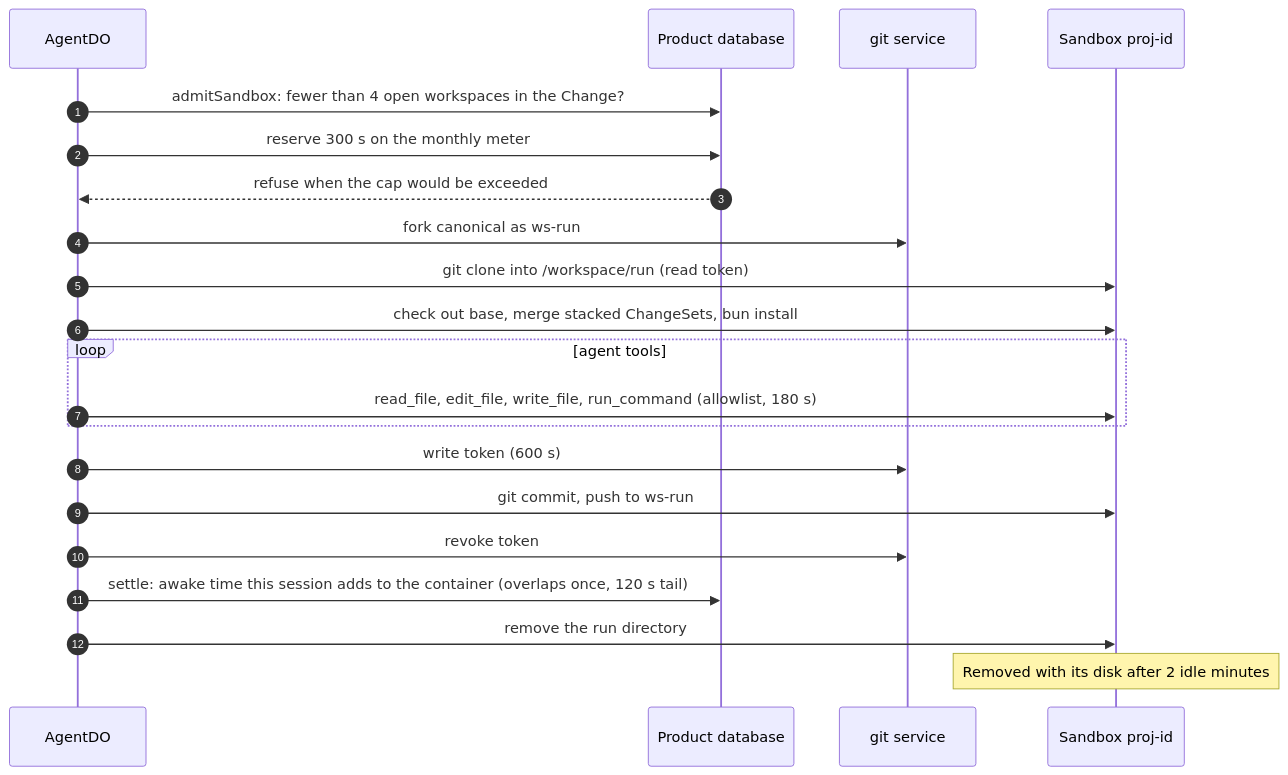
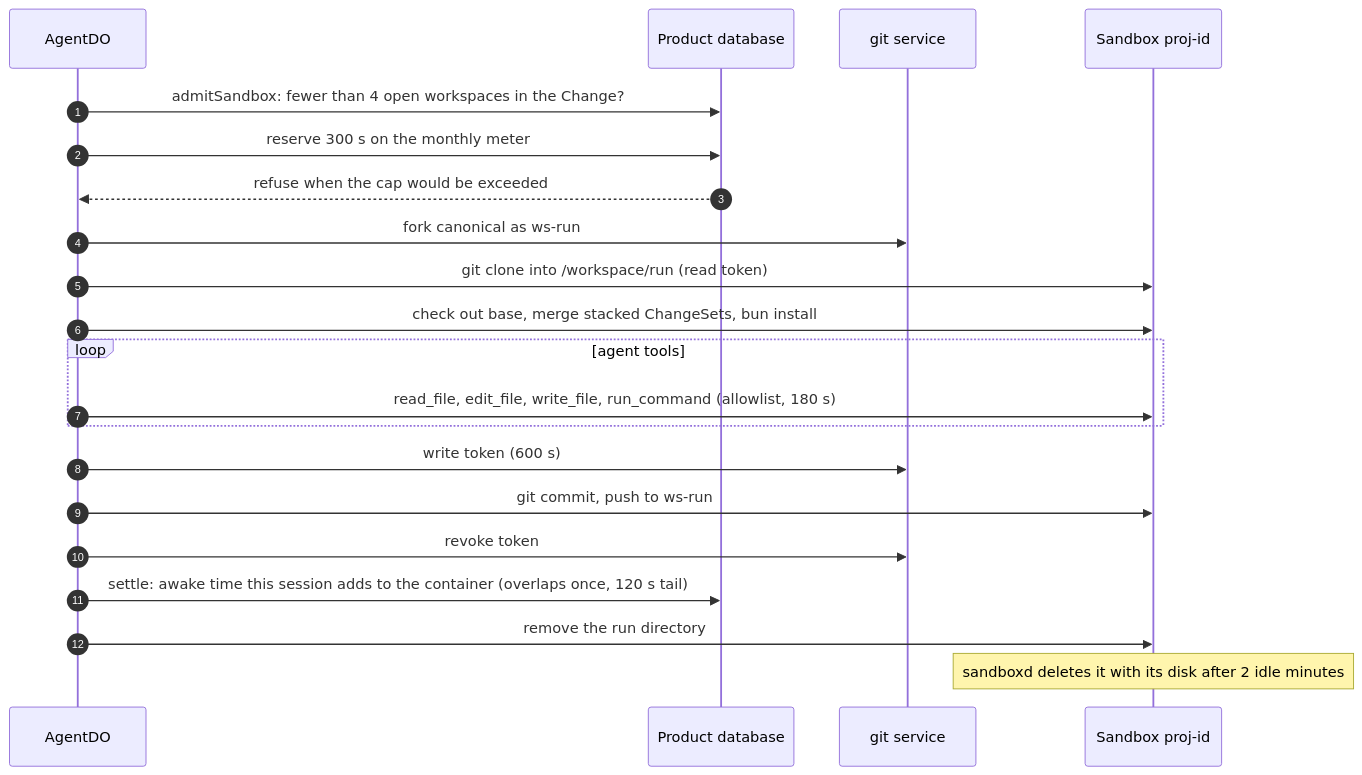
Before and after one commit to nsudhanva/rhumbatron: the third of 8 diagrams in docs/architecture/source-and-verification.md, drawn with Mermaid. The commit also changed other lines of this file and 55 other files, not shown here.

````diff
--- a/docs/architecture/source-and-verification.md
+++ b/docs/architecture/source-and-verification.md
@@ -115,24 +118,24 @@
 ```mermaid
 sequenceDiagram
   autonumber
   participant A as AgentDO
   participant DB as Product database
   participant Art as git service
   participant SBX as Sandbox proj-id
 
   A->>DB: admitSandbox: fewer than 4 open workspaces in the Change?
   A->>DB: reserve 300 s on the monthly meter
   DB-->>A: refuse when the cap would be exceeded
   A->>Art: fork canonical as ws-run
   A->>SBX: git clone into /workspace/run (read token)
   A->>SBX: check out base, merge stacked ChangeSets, bun install
   loop agent tools
     A->>SBX: read_file, edit_file, write_file, run_command (allowlist, 180 s)
   end
   A->>Art: write token (600 s)
   A->>SBX: git commit, push to ws-run
   A->>Art: revoke token
   A->>DB: settle: awake time this session adds to the container (overlaps once, 120 s tail)
   A->>SBX: remove the run directory
-  Note over SBX: Removed with its disk after 2 idle minutes
+  Note over SBX: sandboxd deletes it with its disk after 2 idle minutes
 ```
````
